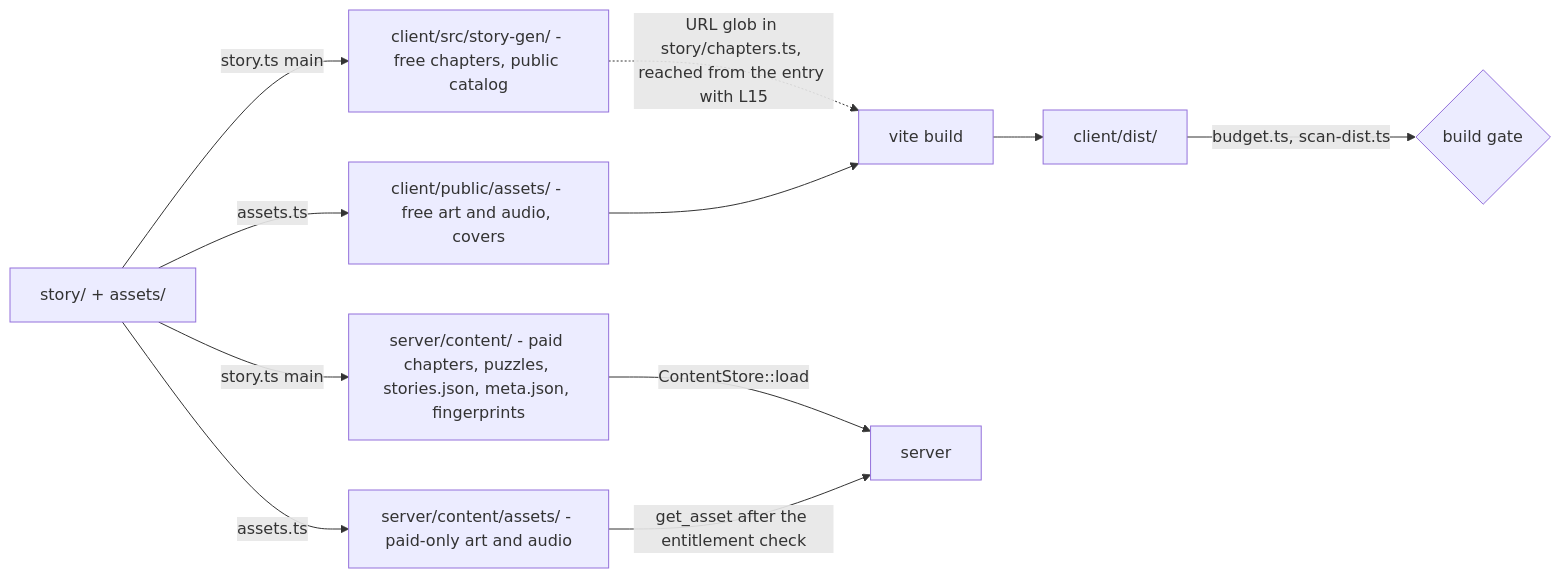
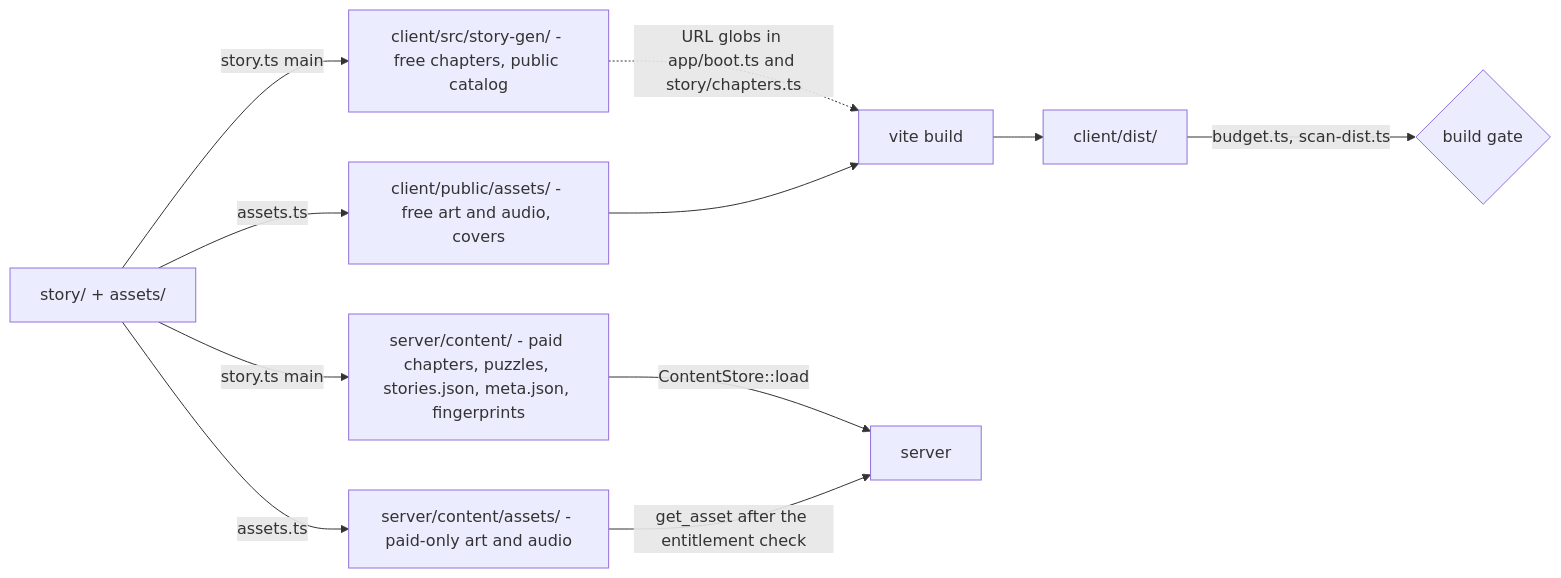
The first of 7 diagrams in docs/ARCHITECTURE.md (bluesteelll/tg-app-novel), drawn with Mermaid before and after one commit. The commit also changed other lines of this file and 1 other file, not shown here.

````diff
--- a/docs/ARCHITECTURE.md
+++ b/docs/ARCHITECTURE.md
@@ -22,13 +23,13 @@
 ```mermaid
 flowchart LR
     S["story/ + assets/"] -->|"story.ts main"| SG["client/src/story-gen/ - free chapters, public catalog"]
     S -->|"story.ts main"| SC["server/content/ - paid chapters, puzzles, stories.json, meta.json, fingerprints"]
     S -->|"assets.ts"| PA["client/public/assets/ - free art and audio, covers"]
     S -->|"assets.ts"| SA["server/content/assets/ - paid-only art and audio"]
-    SG -.->|"URL glob in story/chapters.ts, reached from the entry with L15"| V["vite build"]
+    SG -.->|"URL globs in app/boot.ts and story/chapters.ts"| V["vite build"]
     PA --> V
     V --> D["client/dist/"]
     D -->|"budget.ts, scan-dist.ts"| G{"build gate"}
     SC -->|"ContentStore::load"| SRV["server"]
     SA -->|"get_asset after the entitlement check"| SRV
 ```
````
